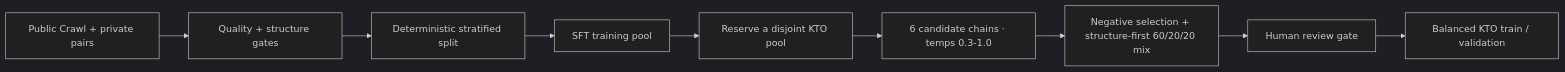
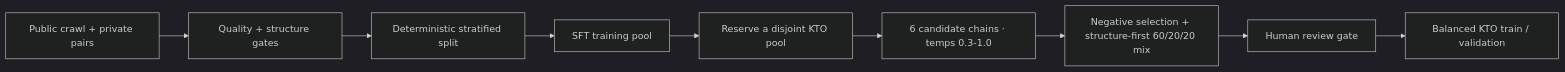
One commit to Smith-106/humanize-text changed the diagram in README.md. Above: the diagram before and after it, drawn with Mermaid (dark theme). The commit also changed other lines of this file, not shown here.

````diff
--- a/README.md
+++ b/README.md
@@ -41,10 +217,10 @@
 ```mermaid
 flowchart LR
-    sources["Public Crawl + private pairs"] --> gates["Quality + structure gates"]
+    sources["Public crawl + private pairs"] --> gates["Quality + structure gates"]
     gates --> split["Deterministic stratified split"]
     split --> sft["SFT training pool"]
     sft --> reserve["Reserve a disjoint KTO pool"]
     reserve --> gen["6 candidate chains · temps 0.3-1.0"]
     gen --> select["Negative selection + structure-first 60/20/20 mix"]
     select --> review["Human review gate"] --> kto["Balanced KTO train / validation"]
 ```
````
